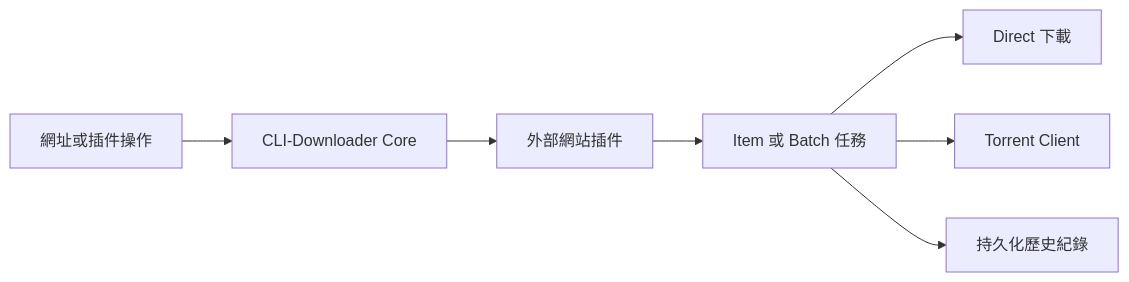
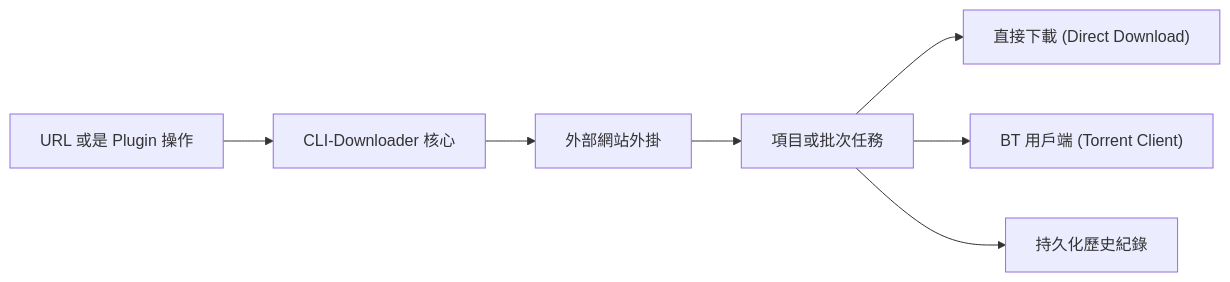
The diagram in README.zh-TW.md (RyuuMeow/CLI-Downloader), drawn with Mermaid before and after one commit. The commit also changed other lines of this file and 8 other files, not shown here.

````diff
--- a/README.zh-TW.md
+++ b/README.zh-TW.md
@@ -115,9 +78,9 @@
 ```mermaid
 flowchart LR
-    URL["網址或插件操作"] --> Core["CLI-Downloader Core"]
-    Core --> Plugin["外部網站插件"]
-    Plugin --> Task["Item 或 Batch 任務"]
-    Task --> Direct["Direct 下載"]
-    Task --> Torrent["Torrent Client"]
+    URL["URL 或是 Plugin 操作"] --> Core["CLI-Downloader 核心"]
+    Core --> Plugin["外部網站外掛"]
+    Plugin --> Task["項目或批次任務"]
+    Task --> Direct["直接下載 (Direct Download)"]
+    Task --> Torrent["BT 用戶端 (Torrent Client)"]
     Task --> History["持久化歷史紀錄"]
 ```
````
